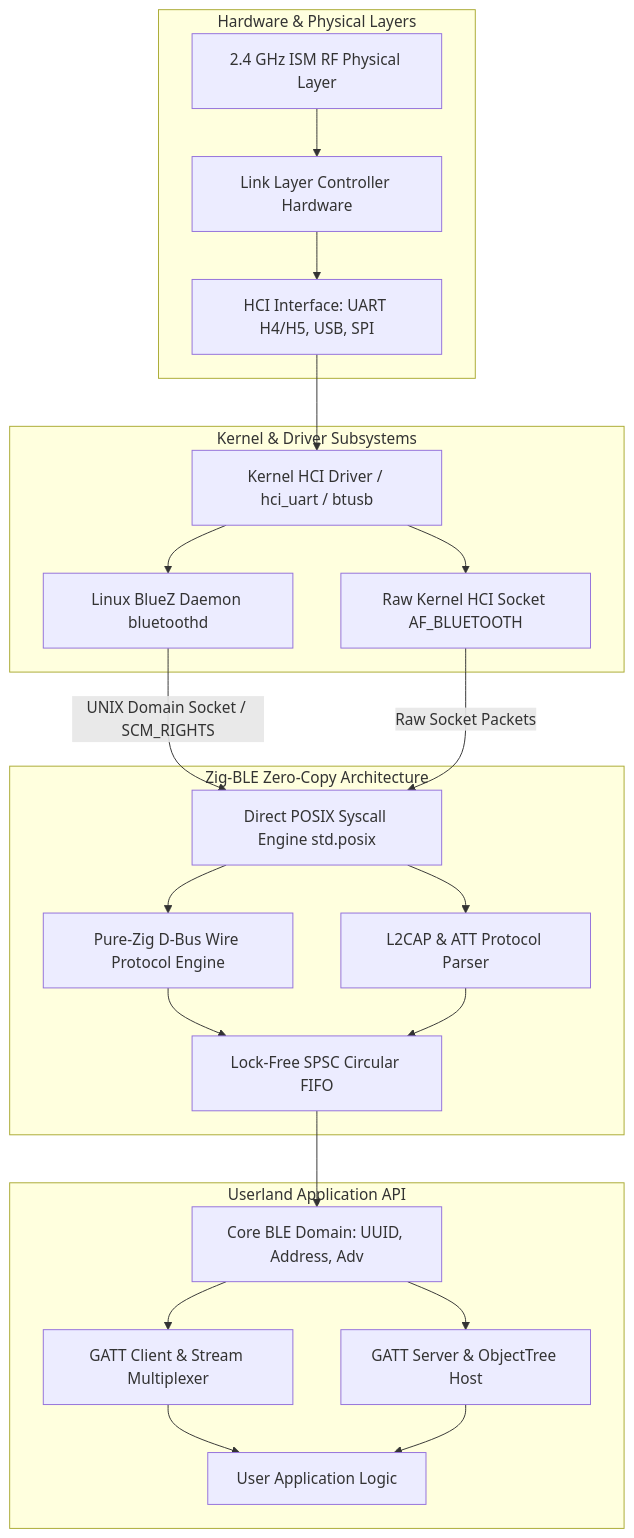
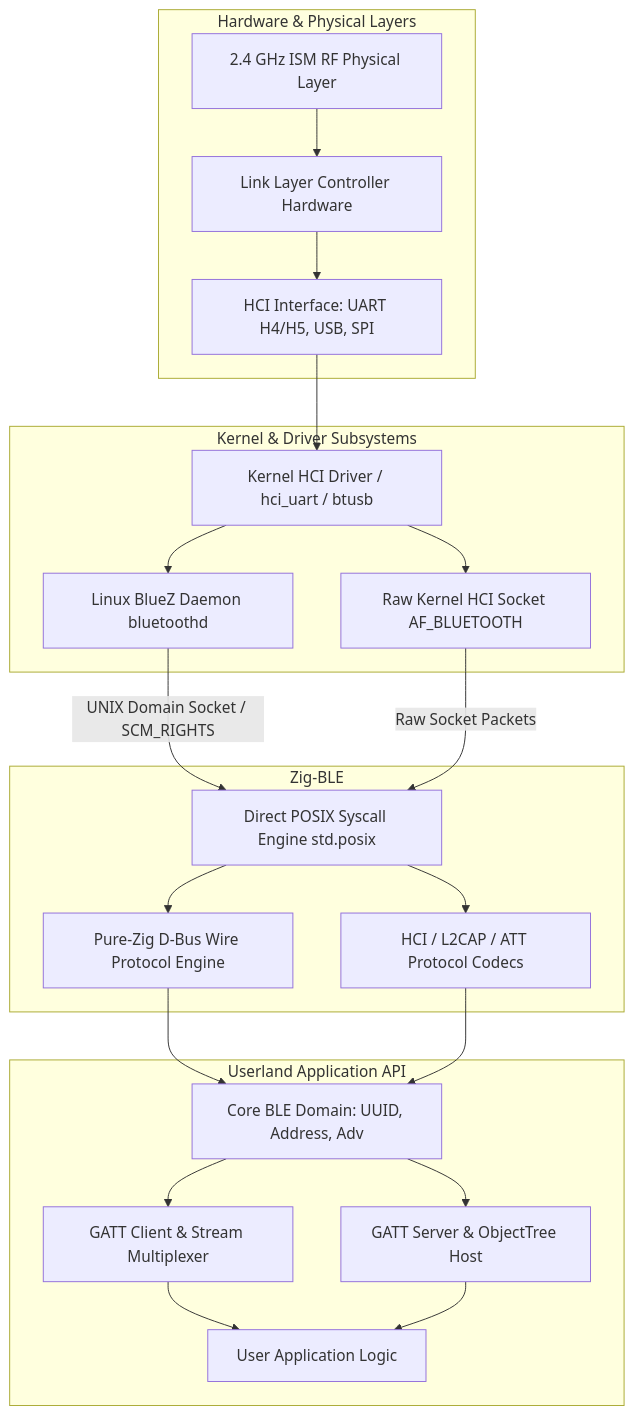
The first of 2 diagrams in docs/ARCHITECTURE_AND_PROTOCOL_MANUAL.md (AritoUser/Zig-BLE), drawn with Mermaid before and after one commit. The commit also changed other lines of this file and 49 other files, not shown here.

````diff
--- a/docs/ARCHITECTURE_AND_PROTOCOL_MANUAL.md
+++ b/docs/ARCHITECTURE_AND_PROTOCOL_MANUAL.md
@@ -53,50 +54,47 @@
 ```mermaid
 graph TD
     subgraph Hardware & Physical Layers
         RF[2.4 GHz ISM RF Physical Layer]
         LL[Link Layer Controller Hardware]
         HCI_HW[HCI Interface: UART H4/H5, USB, SPI]
     end
 
     subgraph Kernel & Driver Subsystems
         K_Driver[Kernel HCI Driver / hci_uart / btusb]
         BlueZ_D[Linux BlueZ Daemon bluetoothd]
         Native_HCI[Raw Kernel HCI Socket AF_BLUETOOTH]
     end
 
-    subgraph Zig-BLE Zero-Copy Architecture
+    subgraph Zig-BLE
         POSIX_Engine[Direct POSIX Syscall Engine std.posix]
         Wire_Engine[Pure-Zig D-Bus Wire Protocol Engine]
-        L2CAP_Engine[L2CAP & ATT Protocol Parser]
-        SPSC_Queue[Lock-Free SPSC Circular FIFO]
+        L2CAP_Engine[HCI / L2CAP / ATT Protocol Codecs]
     end
 
     subgraph Userland Application API
         Core_API[Core BLE Domain: UUID, Address, Adv]
         GATT_Client[GATT Client & Stream Multiplexer]
         GATT_Server[GATT Server & ObjectTree Host]
         User_App[User Application Logic]
     end
 
     RF --> LL
     LL --> HCI_HW
     HCI_HW --> K_Driver
 
     K_Driver --> BlueZ_D
     K_Driver --> Native_HCI
 
     BlueZ_D -->|UNIX Domain Socket / SCM_RIGHTS| POSIX_Engine
     Native_HCI -->|Raw Socket Packets| POSIX_Engine
 
     POSIX_Engine --> Wire_Engine
     POSIX_Engine --> L2CAP_Engine
 
-    Wire_Engine --> SPSC_Queue
-    L2CAP_Engine --> SPSC_Queue
-
-    SPSC_Queue --> Core_API
+    Wire_Engine --> Core_API
+    L2CAP_Engine --> Core_API
     Core_API --> GATT_Client
     Core_API --> GATT_Server
     GATT_Client --> User_App
     GATT_Server --> User_App
 ```
````
